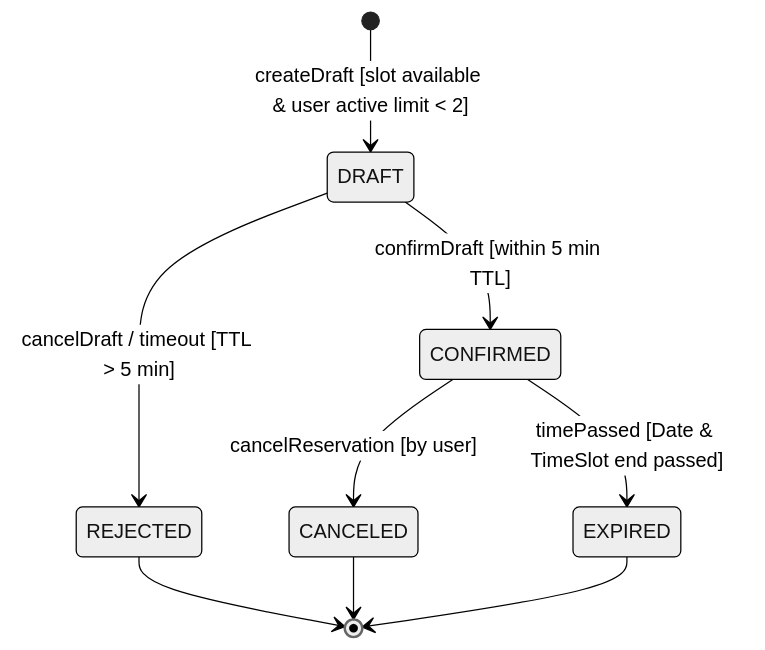
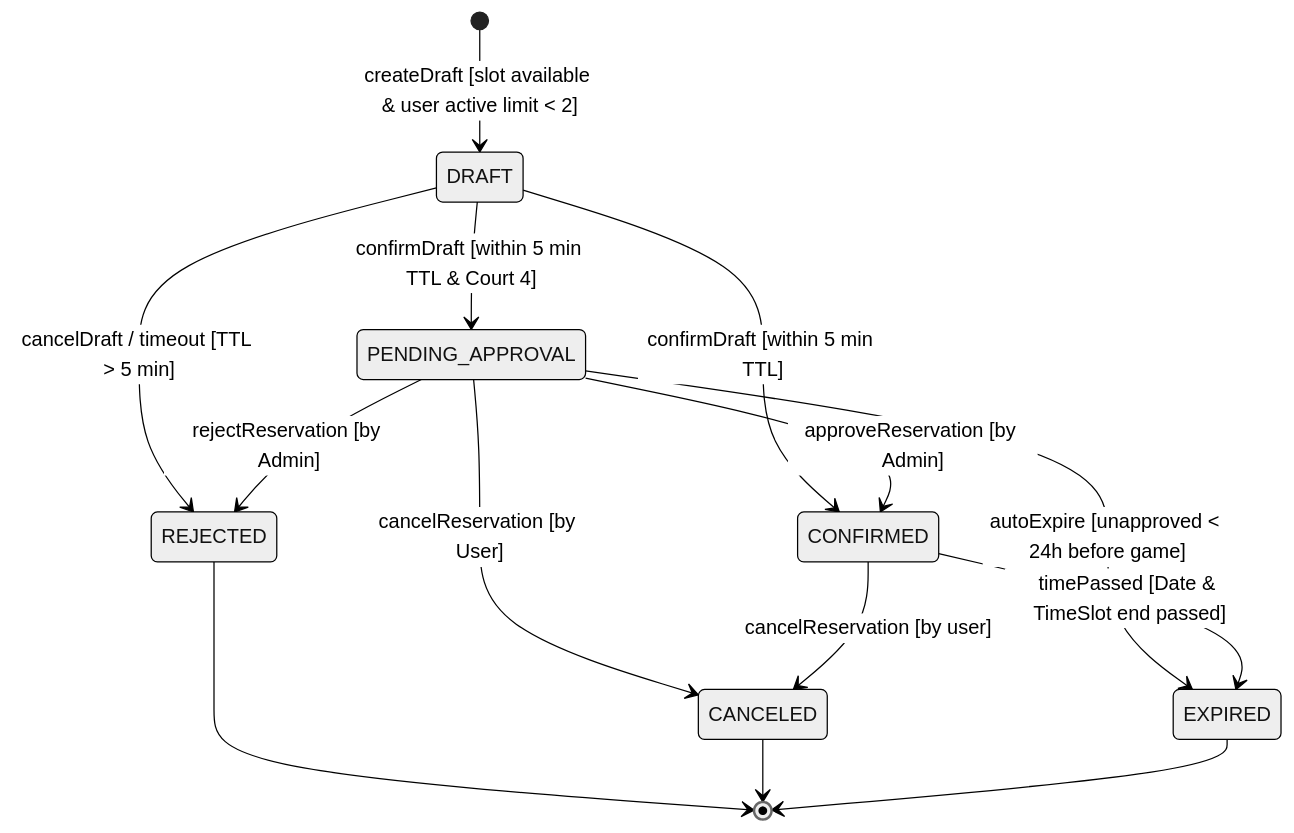
One commit to bad-account/reservation_system changed the second of 4 diagrams in docs/c02-diagrams.md. Above: the diagram before and after it, drawn with Mermaid (neutral theme). The commit also changed other lines of this file, not shown here.

Commit message:
Update c02-diagrams after C02 change.md

````diff
--- a/docs/c02-diagrams.md
+++ b/docs/c02-diagrams.md
@@ -27,14 +33,20 @@
 ```mermaid
 stateDiagram-v2
     [*] --> DRAFT : createDraft [slot available & user active limit < 2]
 
     DRAFT --> CONFIRMED : confirmDraft [within 5 min TTL]
+    DRAFT --> PENDING_APPROVAL : confirmDraft [within 5 min TTL & Court 4]
     DRAFT --> REJECTED : cancelDraft / timeout [TTL > 5 min]
+
+    PENDING_APPROVAL --> CONFIRMED : approveReservation [by Admin]
+    PENDING_APPROVAL --> REJECTED : rejectReservation [by Admin]
+    PENDING_APPROVAL --> CANCELED : cancelReservation [by User]
+    PENDING_APPROVAL --> EXPIRED : autoExpire [unapproved < 24h before game]
 
     CONFIRMED --> CANCELED : cancelReservation [by user]
     CONFIRMED --> EXPIRED : timePassed [Date & TimeSlot end passed]
 
     REJECTED --> [*]
     CANCELED --> [*]
     EXPIRED --> [*]
 ```
````
